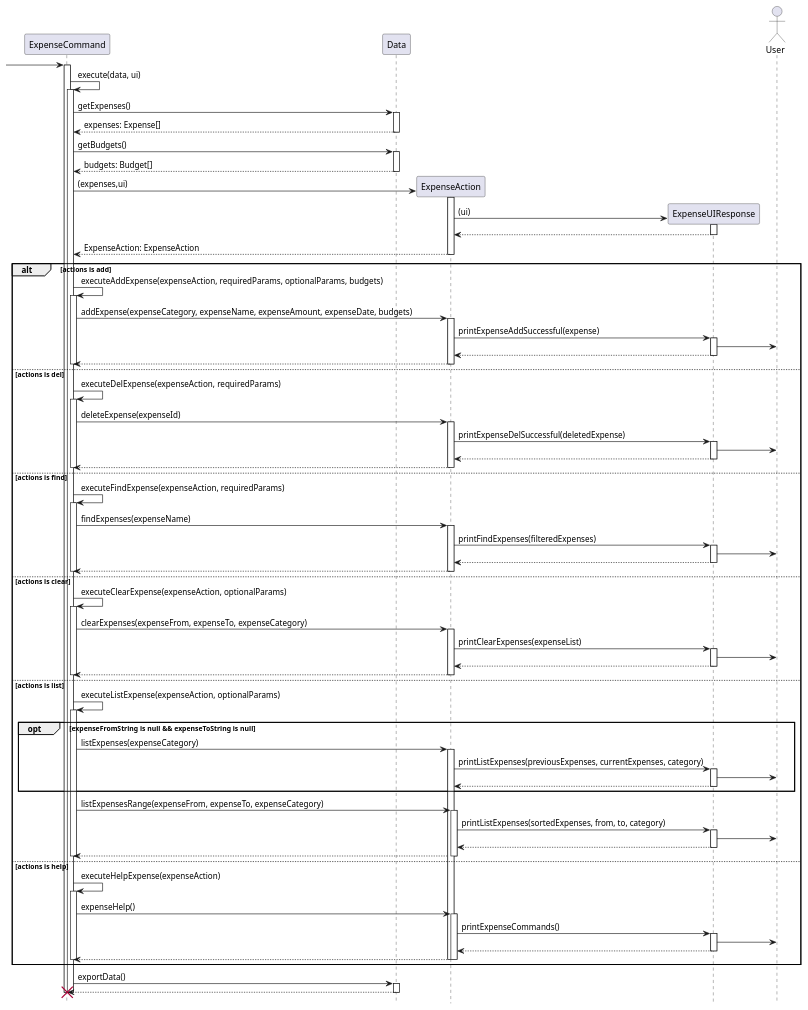
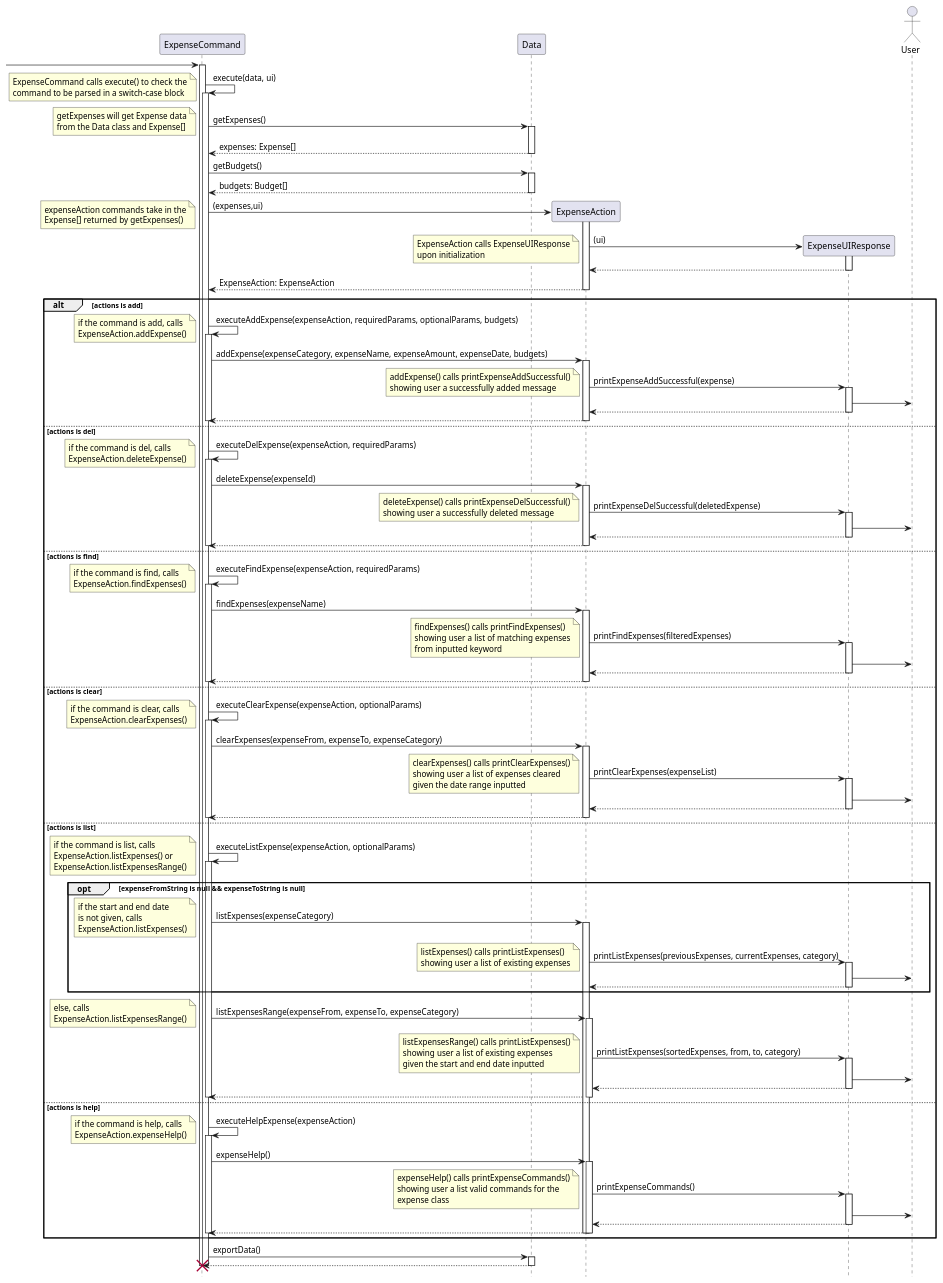
Before and after one commit to stephenkyang/tp: the diagram in docs/diagrams/ExpenseCommandSequence.puml, drawn with PlantUML. The commit also changed 6 other files, not shown here.

Commit message:
updated ExpenseSequence and added JUnit test for expense

```diff
--- a/docs/diagrams/ExpenseCommandSequence.puml
+++ b/docs/diagrams/ExpenseCommandSequence.puml
@@ -12,8 +12,16 @@
 
 activate "ExpenseCommand"
 "ExpenseCommand" -> "ExpenseCommand": execute(data, ui)
+note left
+    ExpenseCommand calls execute() to check the
+    command to be parsed in a switch-case block
+ end note
 activate  "ExpenseCommand"
 "ExpenseCommand" -> "Data": getExpenses()
+note left
+    getExpenses will get Expense data
+    from the Data class and Expense[]
+end note
 activate "Data"
 return expenses: Expense[]
 deactivate "Data"
@@ -23,9 +31,17 @@
 deactivate "Data"
 
 "ExpenseCommand" -> "ExpenseAction" ** : (expenses,ui)
+note left
+    expenseAction commands take in the
+    Expense[] returned by getExpenses()
+end note
 activate "ExpenseAction"
 
 "ExpenseAction" -> "ExpenseUIResponse" ** : (ui)
+note left
+    ExpenseAction calls ExpenseUIResponse
+    upon initialization
+end note
 activate "ExpenseUIResponse"
 "ExpenseUIResponse" --> "ExpenseAction"
 deactivate "ExpenseUIResponse"
@@ -36,10 +52,18 @@
 
 alt actions is add
 "ExpenseCommand" -> "ExpenseCommand": executeAddExpense(expenseAction, requiredParams, optionalParams, budgets)
+note left
+    if the command is add, calls
+    ExpenseAction.addExpense()
+end note
 activate "ExpenseCommand"
 "ExpenseCommand" -> "ExpenseAction" : addExpense(expenseCategory, expenseName, expenseAmount, expenseDate, budgets)
 activate "ExpenseAction"
 "ExpenseAction" -> "ExpenseUIResponse" : printExpenseAddSuccessful(expense)
+note left
+    addExpense() calls printExpenseAddSuccessful()
+    showing user a successfully added message
+end note
 activate "ExpenseUIResponse"
 "ExpenseUIResponse" -> User
 return
@@ -49,10 +73,18 @@
 
 else actions is del
 "ExpenseCommand" -> "ExpenseCommand": executeDelExpense(expenseAction, requiredParams)
+note left
+    if the command is del, calls
+    ExpenseAction.deleteExpense()
+end note
 activate "ExpenseCommand"
 "ExpenseCommand" -> "ExpenseAction" : deleteExpense(expenseId)
 activate "ExpenseAction"
 "ExpenseAction" -> "ExpenseUIResponse" : printExpenseDelSuccessful(deletedExpense)
+note left
+    deleteExpense() calls printExpenseDelSuccessful()
+    showing user a successfully deleted message
+end note
 activate "ExpenseUIResponse"
 "ExpenseUIResponse" -> User
 return
@@ -62,10 +94,19 @@
 
 else actions is find
 "ExpenseCommand" -> "ExpenseCommand": executeFindExpense(expenseAction, requiredParams)
+note left
+    if the command is find, calls
+    ExpenseAction.findExpenses()
+end note
 activate "ExpenseCommand"
 "ExpenseCommand" -> "ExpenseAction" : findExpenses(expenseName)
 activate "ExpenseAction"
 "ExpenseAction" -> "ExpenseUIResponse" : printFindExpenses(filteredExpenses)
+note left
+    findExpenses() calls printFindExpenses()
+    showing user a list of matching expenses
+    from inputted keyword
+end note
 activate "ExpenseUIResponse"
 "ExpenseUIResponse" -> User
 return
@@ -75,10 +116,19 @@
 
 else actions is clear
 "ExpenseCommand" -> "ExpenseCommand": executeClearExpense(expenseAction, optionalParams)
+note left
+    if the command is clear, calls
+    ExpenseAction.clearExpenses()
+end note
 activate "ExpenseCommand"
 "ExpenseCommand" -> "ExpenseAction" : clearExpenses(expenseFrom, expenseTo, expenseCategory)
 activate "ExpenseAction"
 "ExpenseAction" -> "ExpenseUIResponse" : printClearExpenses(expenseList)
+note left
+    clearExpenses() calls printClearExpenses()
+    showing user a list of expenses cleared
+    given the date range inputted
+end note
 activate "ExpenseUIResponse"
 "ExpenseUIResponse" -> User
 return
@@ -88,12 +138,26 @@
 
 else actions is list
 "ExpenseCommand" -> "ExpenseCommand": executeListExpense(expenseAction, optionalParams)
+note left
+    if the command is list, calls
+    ExpenseAction.listExpenses() or
+    ExpenseAction.listExpensesRange()
+end note
 activate "ExpenseCommand"
 
 opt expenseFromString is null && expenseToString is null
 "ExpenseCommand" -> "ExpenseAction" : listExpenses(expenseCategory)
+note left
+    if the start and end date
+    is not given, calls
+    ExpenseAction.listExpenses()
+end note
 activate "ExpenseAction"
 "ExpenseAction" -> "ExpenseUIResponse" : printListExpenses(previousExpenses, currentExpenses, category)
+note left
+    listExpenses() calls printListExpenses()
+    showing user a list of existing expenses
+end note
 activate "ExpenseUIResponse"
 "ExpenseUIResponse" -> User
 return
@@ -101,9 +165,19 @@
 
 
 "ExpenseCommand" -> "ExpenseAction" : listExpensesRange(expenseFrom, expenseTo, expenseCategory)
+note left
+    else, calls
+    ExpenseAction.listExpensesRange()
+end note
 activate "ExpenseAction"
 "ExpenseAction" -> "ExpenseUIResponse" : printListExpenses(sortedExpenses, from, to, category)
+note left
+    listExpensesRange() calls printListExpenses()
+    showing user a list of existing expenses
+    given the start and end date inputted
+end note
 activate "ExpenseUIResponse"
+
 
 
 "ExpenseUIResponse" -> User
@@ -114,10 +188,19 @@
 
 else actions is help
 "ExpenseCommand" -> "ExpenseCommand": executeHelpExpense(expenseAction)
+note left
+    if the command is help, calls
+    ExpenseAction.expenseHelp()
+end note
 activate "ExpenseCommand"
 "ExpenseCommand" -> "ExpenseAction" : expenseHelp()
 activate "ExpenseAction"
 "ExpenseAction" -> "ExpenseUIResponse" : printExpenseCommands()
+note left
+    expenseHelp() calls printExpenseCommands()
+    showing user a list valid commands for the
+    expense class
+end note
 activate "ExpenseUIResponse"
 "ExpenseUIResponse" -> User
 return
```
